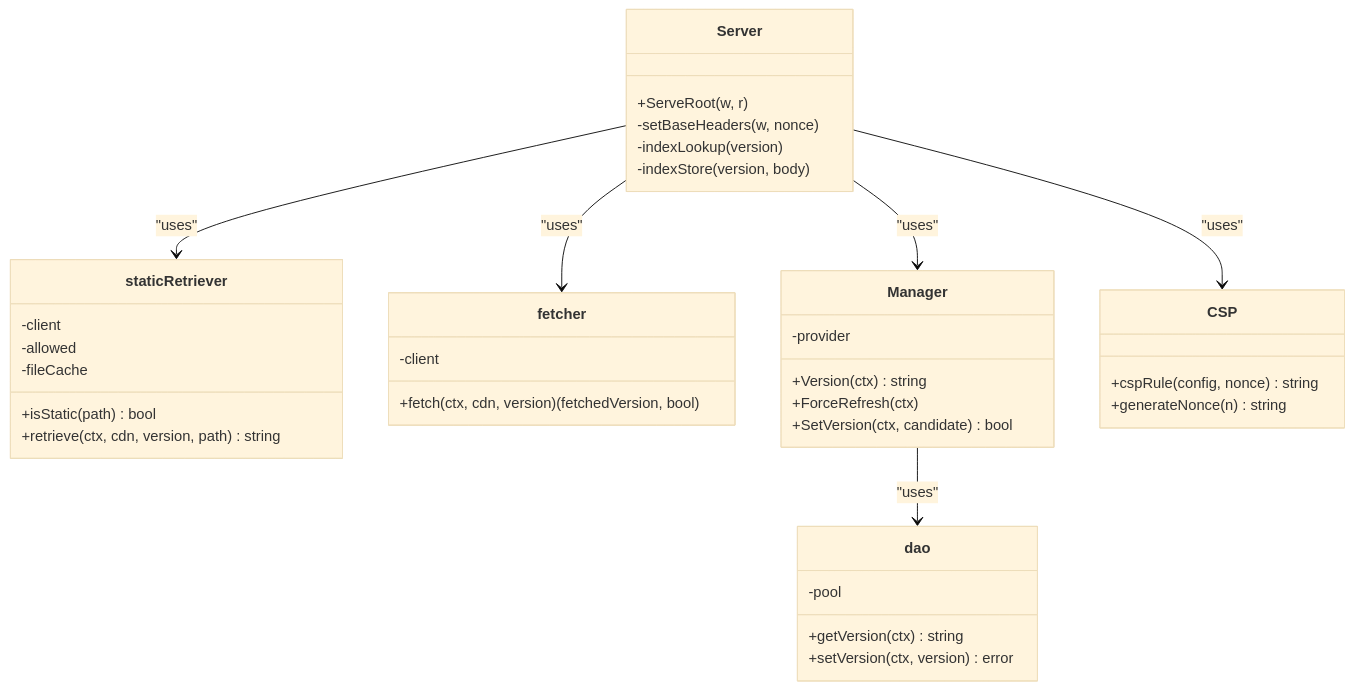
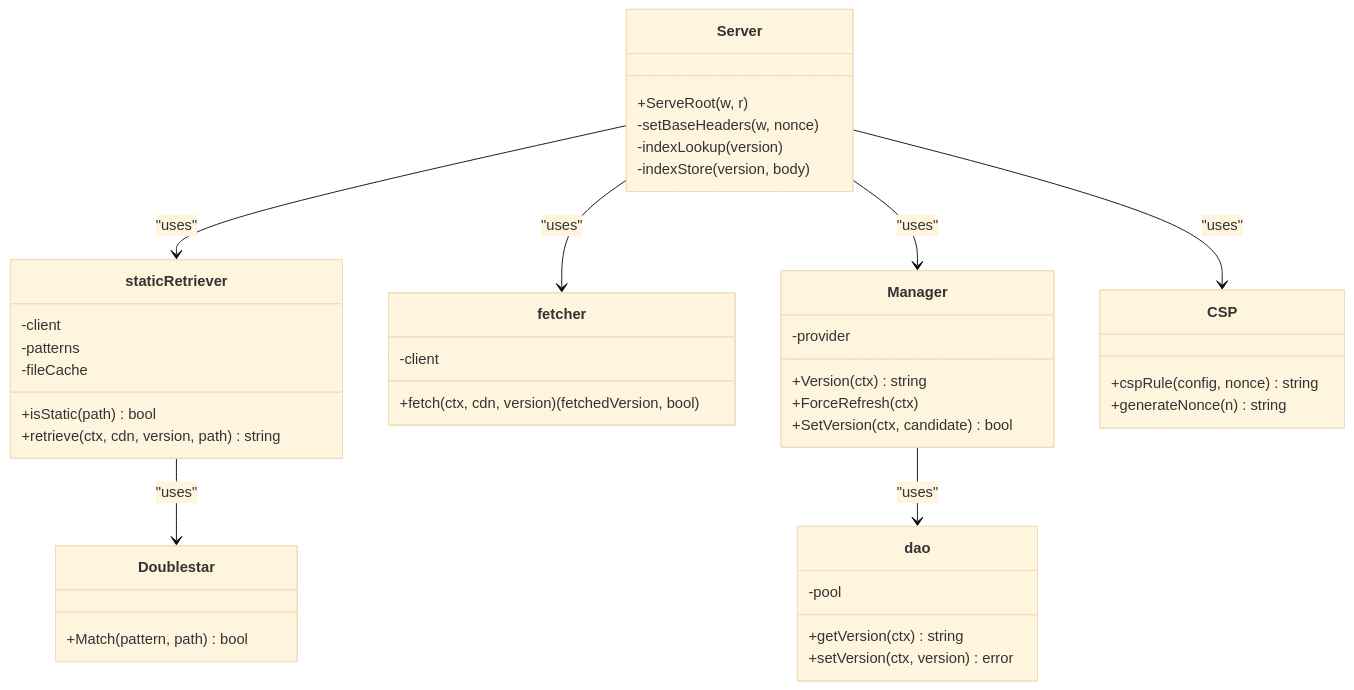
The fourth of 4 diagrams in .qoder/repowiki/en/content/Lite SPA Server Module/Static File Serving.md (visdomtech/orcacommon), drawn with Mermaid (base theme) before and after one commit. The commit also changed other lines of this file and 3 other files, not shown here.

````diff
--- a/.qoder/repowiki/en/content/Lite SPA Server Module/Static File Serving.md
+++ b/.qoder/repowiki/en/content/Lite SPA Server Module/Static File Serving.md
@@ -305,40 +359,44 @@
 ```mermaid
 classDiagram
 class Server {
 +ServeRoot(w, r)
 -setBaseHeaders(w, nonce)
 -indexLookup(version)
 -indexStore(version, body)
 }
 class staticRetriever {
 -client
--allowed
+-patterns
 -fileCache
 +isStatic(path) bool
 +retrieve(ctx, cdn, version, path) string
 }
 class fetcher {
 -client
 +fetch(ctx, cdn, version) (fetchedVersion, bool)
 }
 class Manager {
 -provider
 +Version(ctx) string
 +ForceRefresh(ctx)
 +SetVersion(ctx, candidate) bool
 }
 class dao {
 -pool
 +getVersion(ctx) string
 +setVersion(ctx, version) error
 }
 class CSP {
 +cspRule(config, nonce) string
 +generateNonce(n) string
 }
+class Doublestar {
++Match(pattern, path) bool
+}
 Server --> staticRetriever : "uses"
 Server --> fetcher : "uses"
 Server --> Manager : "uses"
 Manager --> dao : "uses"
 Server --> CSP : "uses"
+staticRetriever --> Doublestar : "uses"
 ```
````
